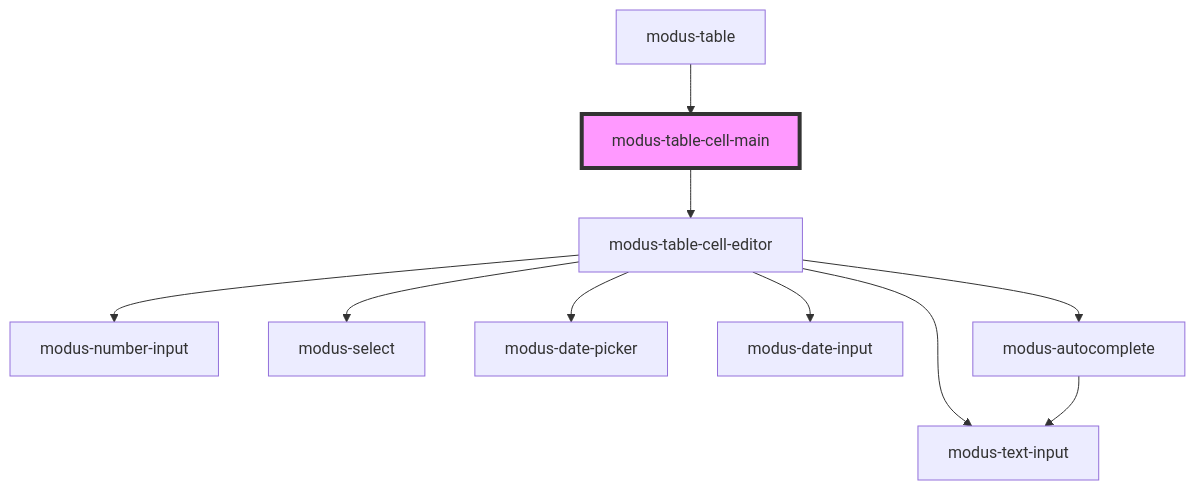
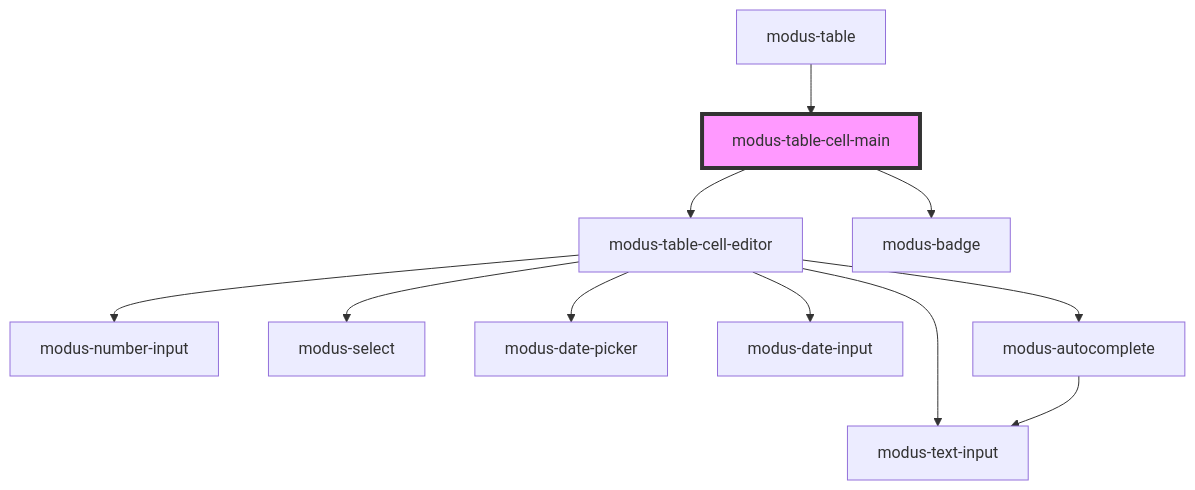
One commit to trimble-oss/modus-web-components changed the diagram in stencil-workspace/src/components/modus-table/parts/cell/modus-table-cell-main/readme.md. Above: the diagram before and after it, drawn with Mermaid. The commit also changed other lines of this file and 12 other files, not shown here.

Commit message:
adding badge in modus table cell

````diff
--- a/stencil-workspace/src/components/modus-table/parts/cell/modus-table-cell-main/readme.md
+++ b/stencil-workspace/src/components/modus-table/parts/cell/modus-table-cell-main/readme.md
@@ -29,13 +30,14 @@
 ```mermaid
 graph TD;
   modus-table-cell-main --> modus-table-cell-editor
+  modus-table-cell-main --> modus-badge
   modus-table-cell-editor --> modus-number-input
   modus-table-cell-editor --> modus-text-input
   modus-table-cell-editor --> modus-select
   modus-table-cell-editor --> modus-date-picker
   modus-table-cell-editor --> modus-date-input
   modus-table-cell-editor --> modus-autocomplete
   modus-autocomplete --> modus-text-input
   modus-table --> modus-table-cell-main
   style modus-table-cell-main fill:#f9f,stroke:#333,stroke-width:4px
 ```
````
